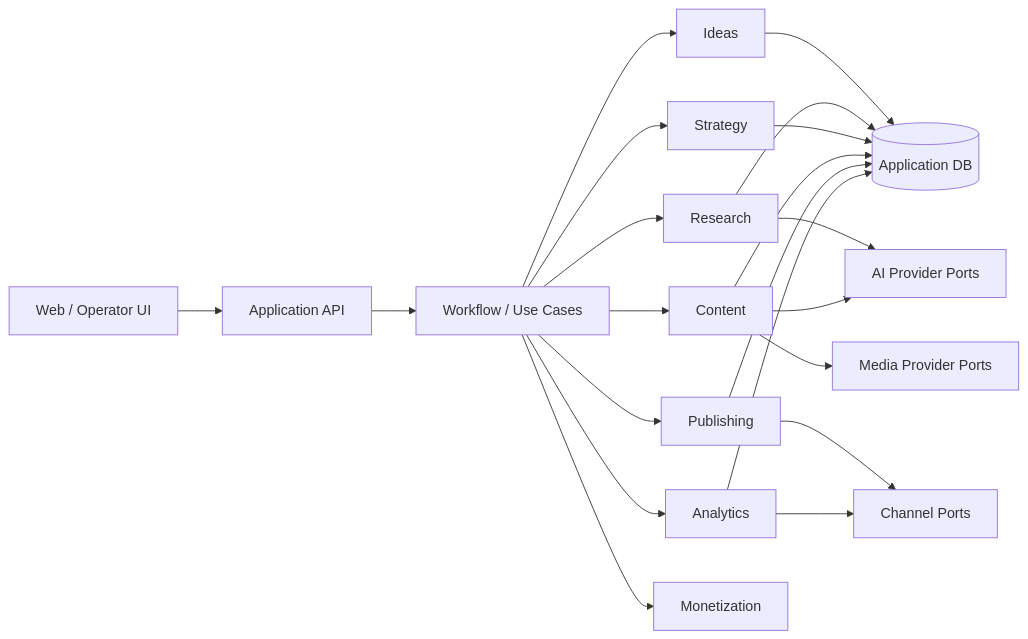
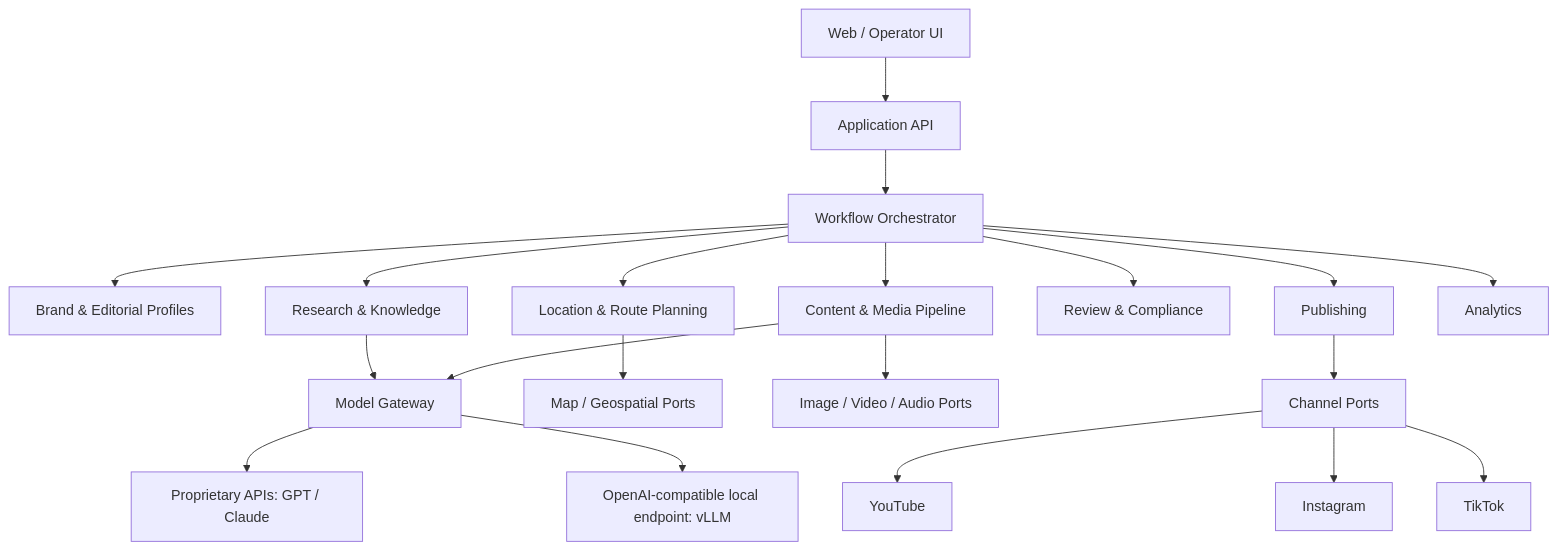
The diagram in docs/ARCHITECTURE.md (panurjoma/Mecha), drawn with Mermaid before and after one commit. The commit also changed other lines of this file, not shown here.

Commit message:
docs: add location media model and publishing architecture

````diff
--- a/docs/ARCHITECTURE.md
+++ b/docs/ARCHITECTURE.md
@@ -6,23 +6,22 @@
 ```mermaid
-flowchart LR
+flowchart TB
  UI["Web / Operator UI"] --> API["Application API"]
- API --> WF["Workflow / Use Cases"]
- WF --> IDEA["Ideas"]
- WF --> RES["Research"]
- WF --> STR["Strategy"]
- WF --> CNT["Content"]
+ API --> WF["Workflow Orchestrator"]
+ WF --> BR["Brand & Editorial Profiles"]
+ WF --> RES["Research & Knowledge"]
+ WF --> LOC["Location & Route Planning"]
+ WF --> CNT["Content & Media Pipeline"]
+ WF --> REV["Review & Compliance"]
  WF --> PUB["Publishing"]
  WF --> ANA["Analytics"]
- WF --> MON["Monetization"]
- RES --> AI["AI Provider Ports"]
- CNT --> AI
- CNT --> MEDIA["Media Provider Ports"]
- PUB --> CHANNEL["Channel Ports"]
- ANA --> CHANNEL
- IDEA --> DB[("Application DB")]
- RES --> DB
- STR --> DB
- CNT --> DB
- PUB --> DB
- ANA --> DB
+ RES --> MODEL["Model Gateway"]
+ CNT --> MODEL
+ LOC --> MAP["Map / Geospatial Ports"]
+ CNT --> MEDIA["Image / Video / Audio Ports"]
+ PUB --> CH["Channel Ports"]
+ CH --> YT["YouTube"]
+ CH --> IG["Instagram"]
+ CH --> TT["TikTok"]
+ MODEL --> PROP["Proprietary APIs: GPT / Claude"]
+ MODEL --> LOCAL["OpenAI-compatible local endpoint: vLLM"]
 ```
````
